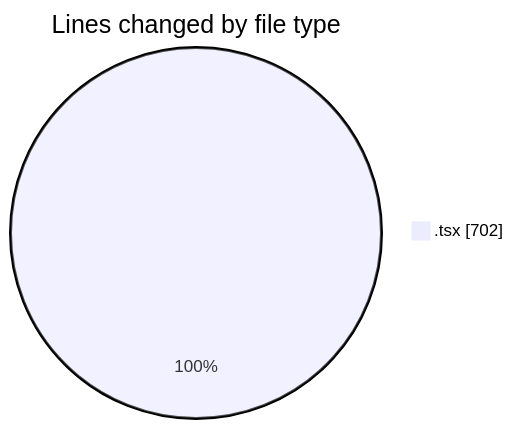
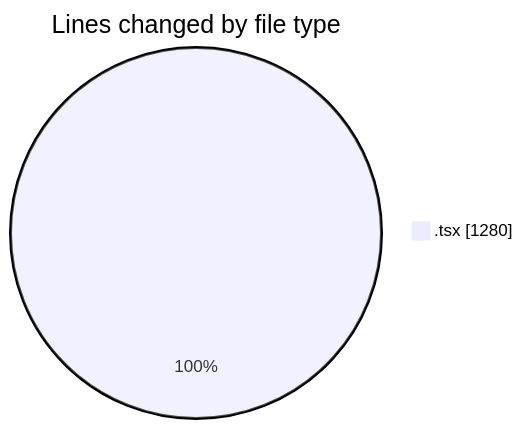
Before and after one commit to Ritupan-Deka/code-tracking: the first of 2 diagrams in 2025-10-15/scopecraft/README.md, drawn with Mermaid. The commit also changed other lines of this file and 1 other file, not shown here.

````diff
--- a/2025-10-15/scopecraft/README.md
+++ b/2025-10-15/scopecraft/README.md
@@ -22,5 +22,5 @@
 ```mermaid
 pie showData
 title Lines changed by file type
-".tsx" : 702
+".tsx" : 1280
 ```
````
